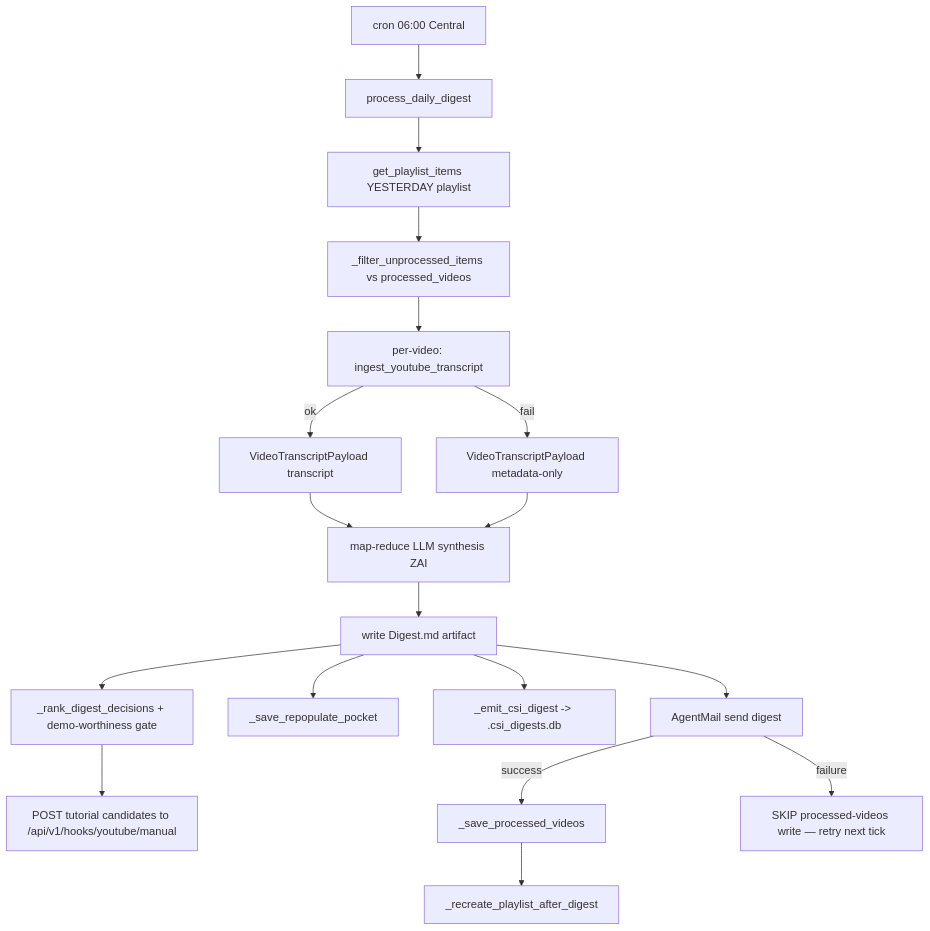
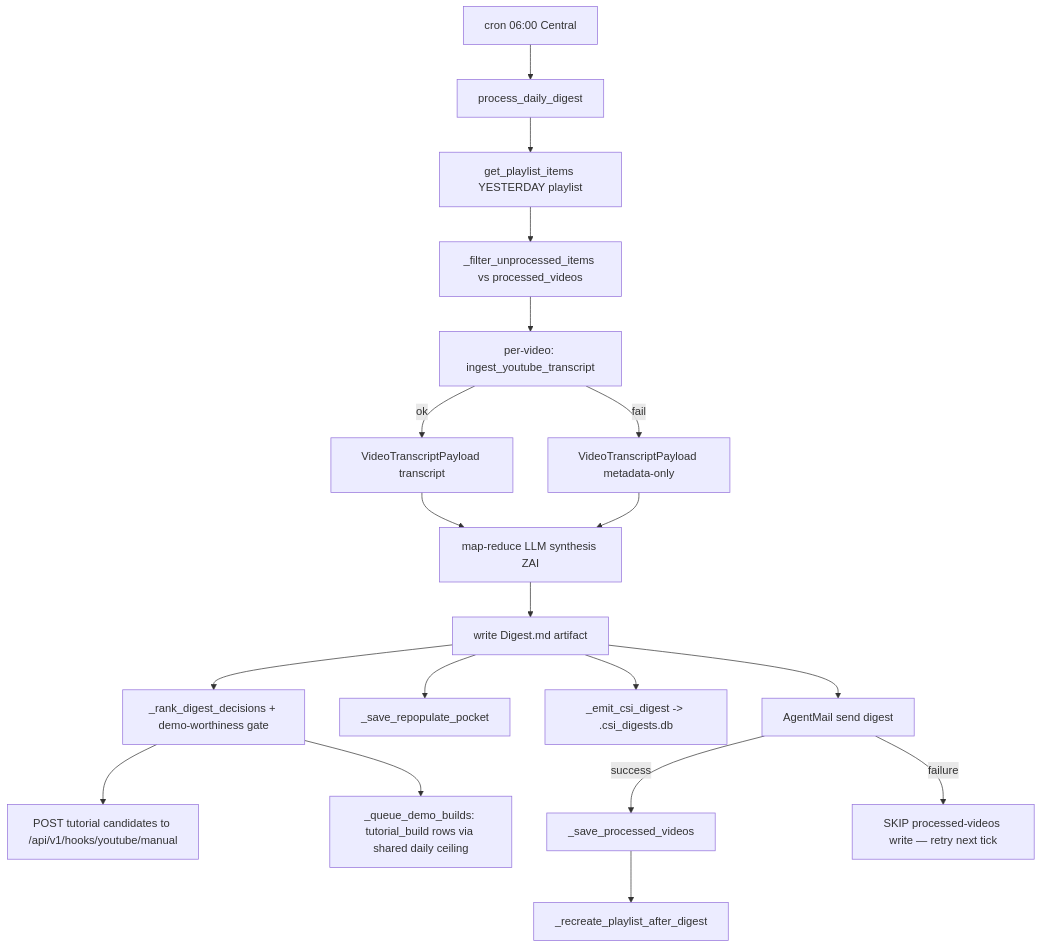
One commit to Kjdragan/universal_agent changed the diagram in project_docs/04_intelligence/05_youtube_csi_flow.md. Above: the diagram before and after it, drawn with Mermaid. The commit also changed other lines of this file and 13 other files, not shown here.

First line of the commit message:
feat(demo-pipeline): kill the double-build - Tutorial tier = teaching-doc only (P3)

````diff
--- a/project_docs/04_intelligence/05_youtube_csi_flow.md
+++ b/project_docs/04_intelligence/05_youtube_csi_flow.md
@@ -87,20 +88,21 @@
 ```mermaid
 flowchart TD
     cron[cron 06:00 Central] --> proc[process_daily_digest]
     proc --> pl[get_playlist_items YESTERDAY playlist]
     pl --> dedup[_filter_unprocessed_items vs processed_videos]
     dedup --> loop[per-video: ingest_youtube_transcript]
     loop -->|ok| pay[VideoTranscriptPayload transcript]
     loop -->|fail| meta[VideoTranscriptPayload metadata-only]
     pay --> mapr[map-reduce LLM synthesis ZAI]
     meta --> mapr
     mapr --> art[write Digest.md artifact]
     art --> rank[_rank_digest_decisions + demo-worthiness gate]
     rank --> disp[POST tutorial candidates to /api/v1/hooks/youtube/manual]
+    rank --> demoq[_queue_demo_builds: tutorial_build rows via shared daily ceiling]
     art --> pocket[_save_repopulate_pocket]
     art --> csi[_emit_csi_digest -> .csi_digests.db]
     art --> email[AgentMail send digest]
     email -->|success| save[_save_processed_videos]
     save --> recreate[_recreate_playlist_after_digest]
     email -->|failure| skip[SKIP processed-videos write — retry next tick]
 ```
````
